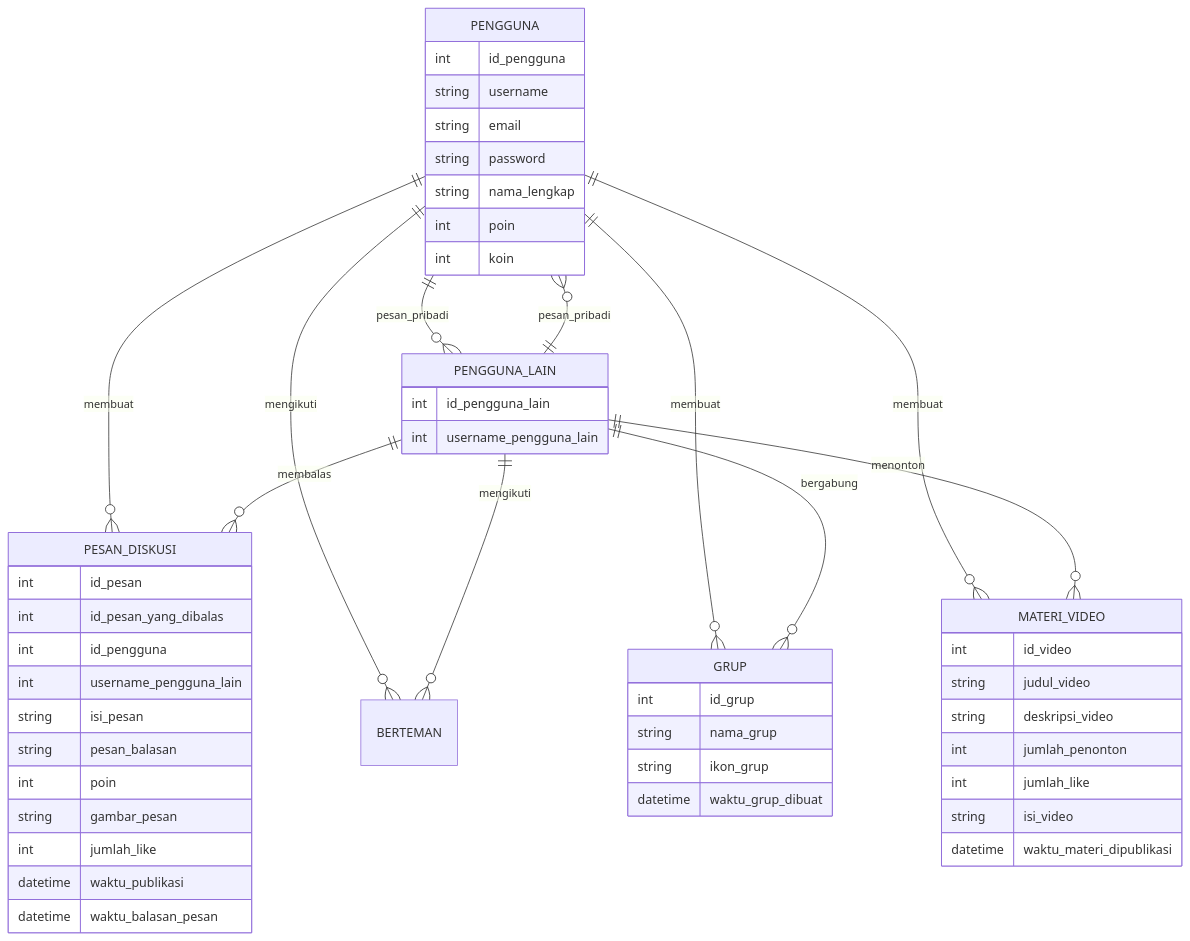
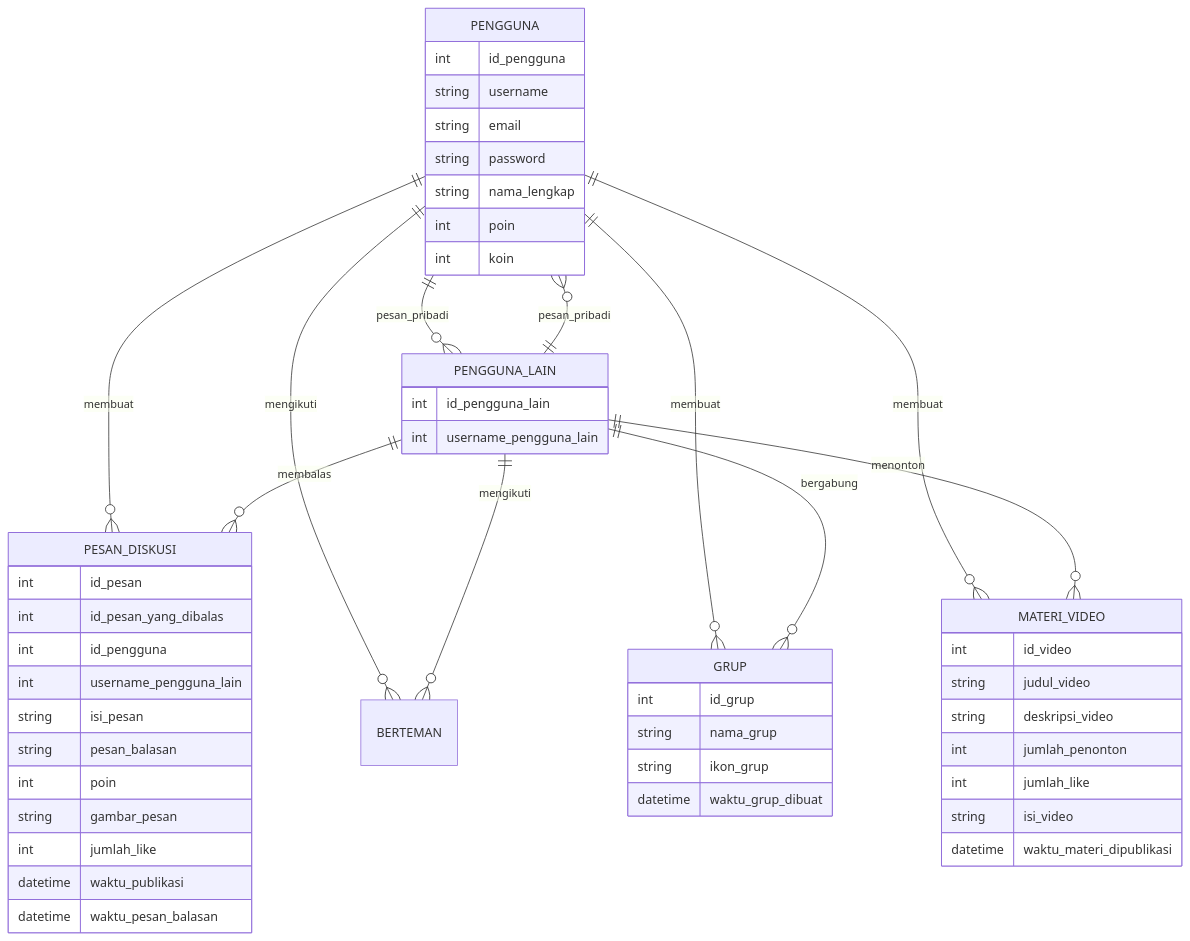
The diagram in job interview.MD (fahrizap/Kodein), drawn with Mermaid before and after one commit.

Commit message:
Update job interview.MD

````diff
--- a/job interview.MD
+++ b/job interview.MD
@@ -20,55 +20,55 @@
 ```mermaid
 erDiagram
 
   PENGGUNA {
     int id_pengguna
     string username
     string email
     string password
     string nama_lengkap
     int poin
     int koin
   }
   PENGGUNA ||--o{ PESAN_DISKUSI : membuat
   PENGGUNA ||--o{ BERTEMAN : mengikuti
   PENGGUNA ||--o{ PENGGUNA_LAIN : pesan_pribadi
   PENGGUNA ||--o{ GRUP : membuat
   PENGGUNA ||--o{ MATERI_VIDEO : membuat
   PESAN_DISKUSI {
     int id_pesan
     int id_pesan_yang_dibalas
     int id_pengguna 
     int username_pengguna_lain
     string isi_pesan
     string pesan_balasan
     int poin
     string gambar_pesan
     int jumlah_like
     datetime waktu_publikasi
-    datetime waktu_balasan_pesan
+    datetime waktu_pesan_balasan
   }
   PENGGUNA_LAIN {
     int id_pengguna_lain
     int username_pengguna_lain
   }
   PENGGUNA_LAIN ||--o{ PESAN_DISKUSI : membalas
   PENGGUNA_LAIN ||--o{ BERTEMAN : mengikuti
   PENGGUNA_LAIN ||--o{ PENGGUNA : pesan_pribadi
   PENGGUNA_LAIN ||--o{ GRUP : bergabung
   PENGGUNA_LAIN ||--o{ MATERI_VIDEO : menonton
   GRUP {
     int id_grup
     string nama_grup
     string ikon_grup
     datetime waktu_grup_dibuat
   }
   MATERI_VIDEO {
     int id_video
     string judul_video
     string deskripsi_video
     int jumlah_penonton
     int jumlah_like
     string isi_video
     datetime waktu_materi_dipublikasi
   }
 ```
````
